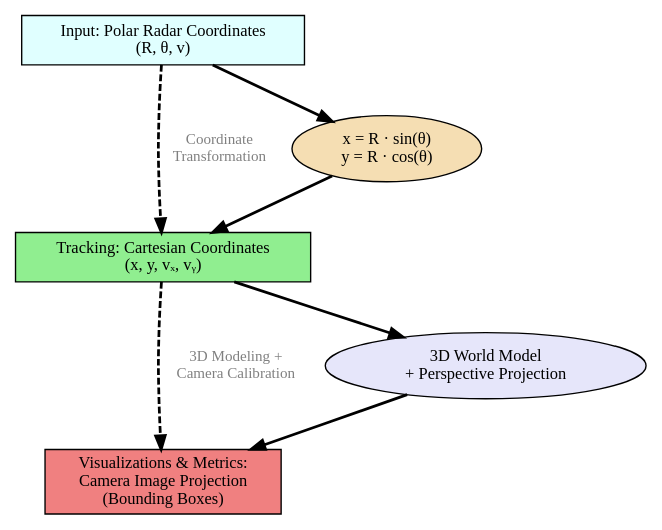
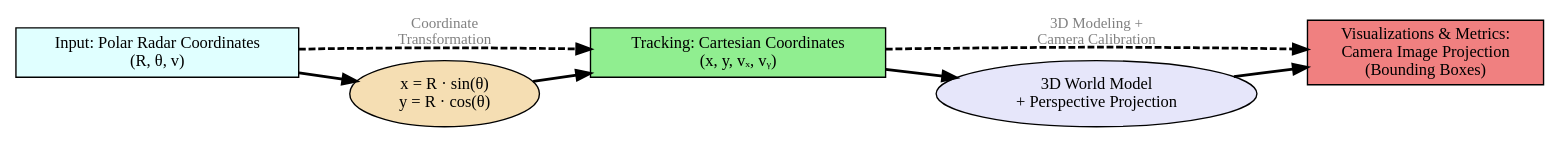
Before and after one commit to D-Idan/bev_radar: the diagram in thesis_docs_code/ss.dot, drawn with Graphviz. The commit also changed 1 other file, not shown here.

```diff
--- a/thesis_docs_code/ss.dot
+++ b/thesis_docs_code/ss.dot
@@ -1,28 +1,29 @@
 digraph CompactPipeline {
-    rankdir=RD;
+    // rankdir=RD;
+    rankdir=LR;
     node [shape=box, style=filled, fontname="Times-Roman", fontsize=12];
     edge [fontname="Times-Roman", fontsize=11, penwidth=2];
     
     size="";
     ratio=fill;
     
     // Input Stage
     polar [label="Input: Polar Radar Coordinates\n(R, θ, v)", fillcolor=lightcyan];
     
     // Tracking Stage
     cartesian [label="Tracking: Cartesian Coordinates\n(x, y, vₓ, vᵧ)", fillcolor=lightgreen];
     
     // Visualization/Metrics Stage
     camera [label="Visualizations & Metrics:\nCamera Image Projection\n(Bounding Boxes)", fillcolor=lightcoral];
     
     // Transformation equations
     transform1 [label="x = R · sin(θ)\ny = R · cos(θ)", shape=ellipse, fillcolor=wheat];
     transform2 [label="3D World Model\n+ Perspective Projection", shape=ellipse, fillcolor=lavender];
     
     // Flow
     polar -> transform1 -> cartesian -> transform2 -> camera;
     
     // Coordinate system labels
     polar -> cartesian [label="Coordinate\nTransformation", fontcolor=gray, style=dashed];
     cartesian -> camera [label="3D Modeling +\nCamera Calibration", fontcolor=gray, style=dashed];
 }
```
